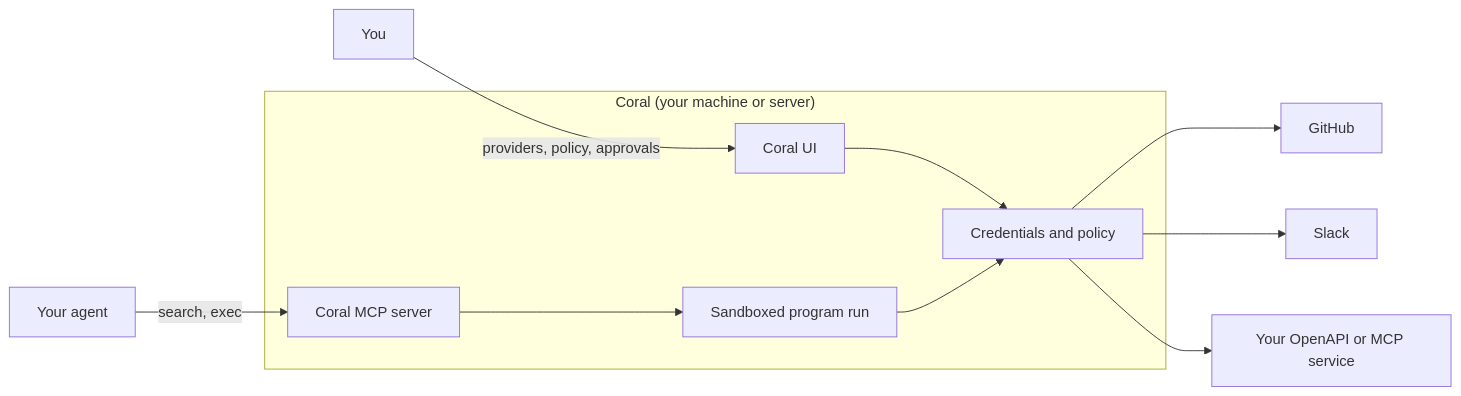
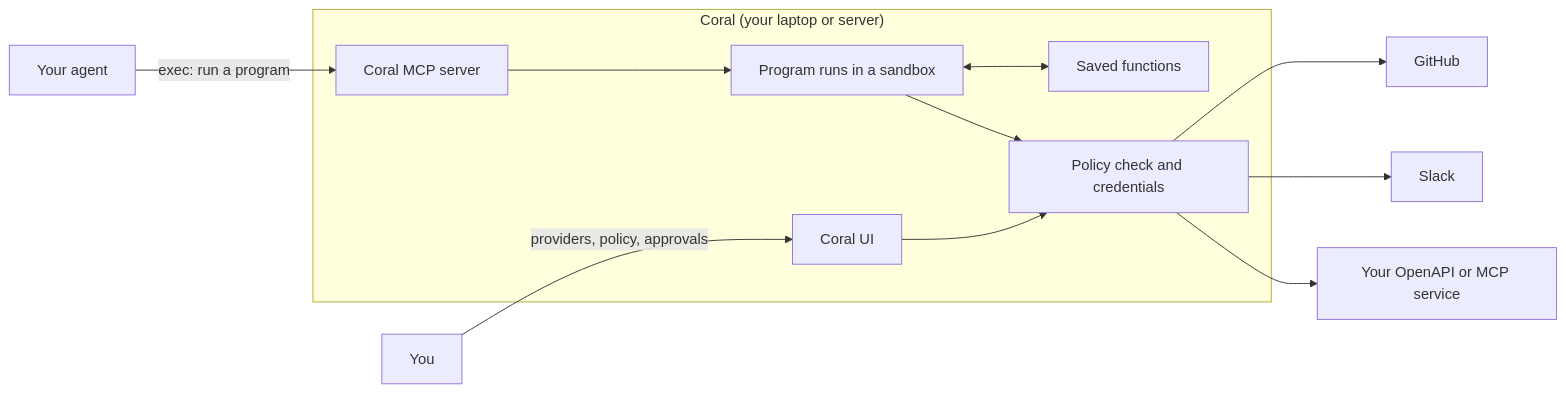
The diagram in README.md (withcoral/coral), drawn with Mermaid before and after one commit. The commit also changed other lines of this file, not shown here.

First line of the commit message:
docs: update the README to match the latest Coral capabilities (#3045)

````diff
--- a/README.md
+++ b/README.md
@@ -78,15 +120,16 @@
 ```mermaid
 graph LR
-    Agent["Your agent"] -->|"search, exec"| MCP["Coral MCP server"]
+    Agent["Your agent"] -->|"exec: run a program"| MCP["Coral MCP server"]
     You["You"] -->|"providers, policy, approvals"| UI["Coral UI"]
 
-    subgraph Coral["Coral (your machine or server)"]
-        MCP --> Run["Sandboxed program run"]
-        UI --> Gate["Credentials and policy"]
+    subgraph Coral["Coral (your laptop or server)"]
+        MCP --> Run["Program runs in a sandbox"]
+        Run <--> FN["Saved functions"]
+        UI --> Gate["Policy check and credentials"]
         Run --> Gate
     end
 
     Gate --> GH["GitHub"]
     Gate --> SL["Slack"]
     Gate --> Own["Your OpenAPI or MCP service"]
 ```
````
